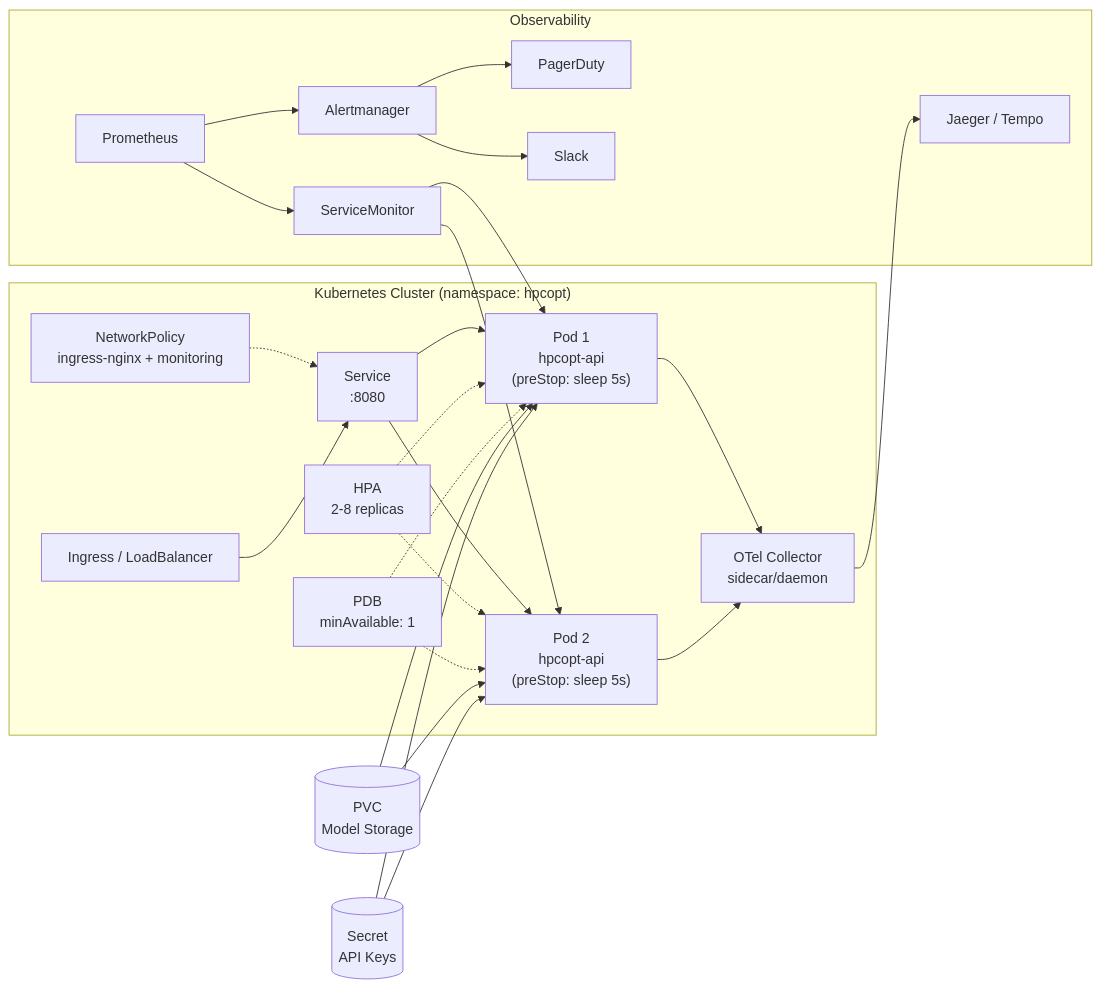
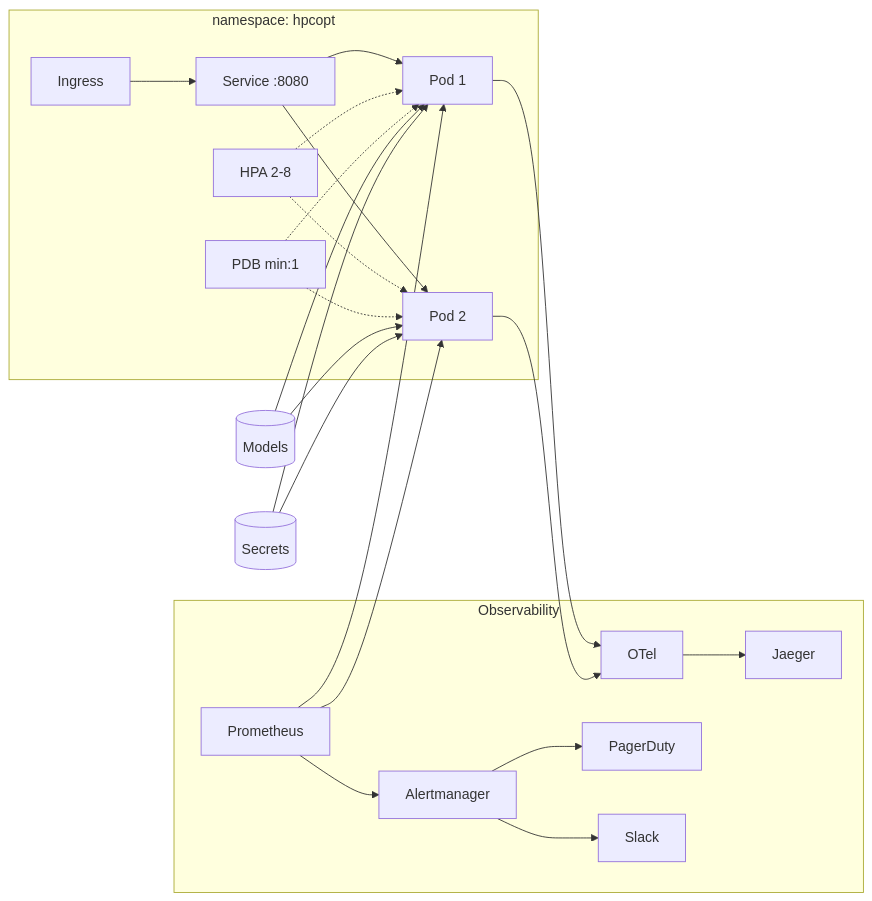
The seventh of 8 diagrams in README.md (ErenAri/HCP-workload-optimizer), drawn with Mermaid before and after one commit. The commit also changed other lines of this file and 7 other files, not shown here.

````diff
--- a/README.md
+++ b/README.md
@@ -889,30 +849,17 @@
 ```mermaid
 flowchart LR
-  subgraph K8s["Kubernetes Cluster (namespace: hpcopt)"]
-    NP["NetworkPolicy\ningress-nginx + monitoring"] -.-> SVC
-    ING["Ingress / LoadBalancer"] --> SVC["Service\n:8080"]
-    SVC --> POD1["Pod 1\nhpcopt-api\n(preStop: sleep 5s)"]
-    SVC --> POD2["Pod 2\nhpcopt-api\n(preStop: sleep 5s)"]
-    POD1 --> OTEL["OTel Collector\nsidecar/daemon"]
-    POD2 --> OTEL
-    HPA["HPA\n2-8 replicas"] -.-> POD1
-    HPA -.-> POD2
-    PDB["PDB\nminAvailable: 1"] -.-> POD1
-    PDB -.-> POD2
+  subgraph K8s["namespace: hpcopt"]
+    ING[Ingress] --> SVC[Service :8080]
+    SVC --> POD1[Pod 1] & POD2[Pod 2]
+    HPA[HPA 2-8] -.-> POD1 & POD2
+    PDB[PDB min:1] -.-> POD1 & POD2
   end
 
-  subgraph Obs["Observability"]
-    OTEL --> JAEGER["Jaeger / Tempo"]
-    PROM["Prometheus"] --> SMON["ServiceMonitor"]
-    SMON --> POD1
-    SMON --> POD2
-    PROM --> AM["Alertmanager"]
-    AM --> PD["PagerDuty"]
-    AM --> SLACK["Slack"]
+  subgraph Obs[Observability]
+    POD1 & POD2 --> OTEL[OTel] --> JAEGER[Jaeger]
+    PROM[Prometheus] --> POD1 & POD2
+    PROM --> AM[Alertmanager] --> PD[PagerDuty] & SLACK[Slack]
   end
 
-  PVC[("PVC\nModel Storage")] --> POD1
-  PVC --> POD2
-  SEC[("Secret\nAPI Keys")] --> POD1
-  SEC --> POD2
+  PVC[(Models)] & SEC[(Secrets)] --> POD1 & POD2
 ```
````
